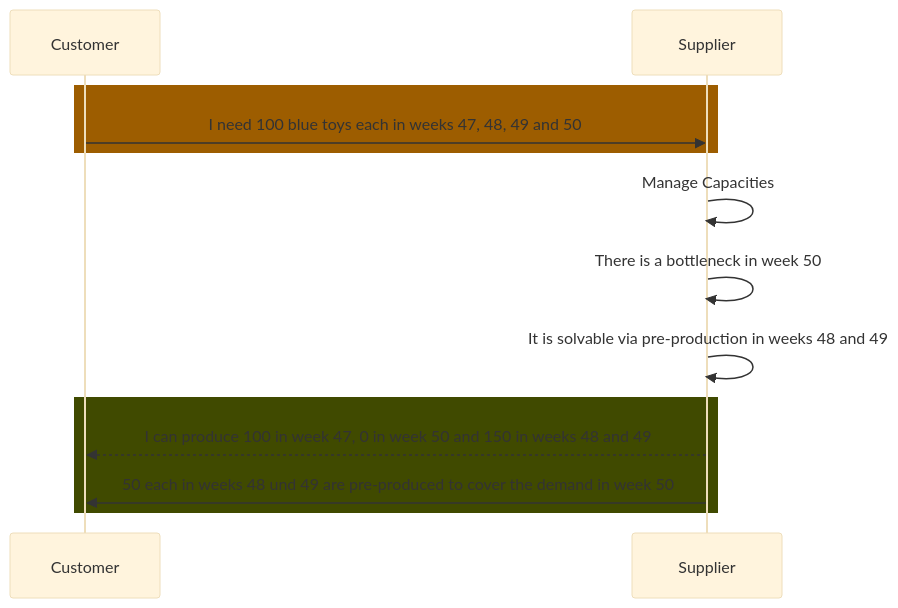
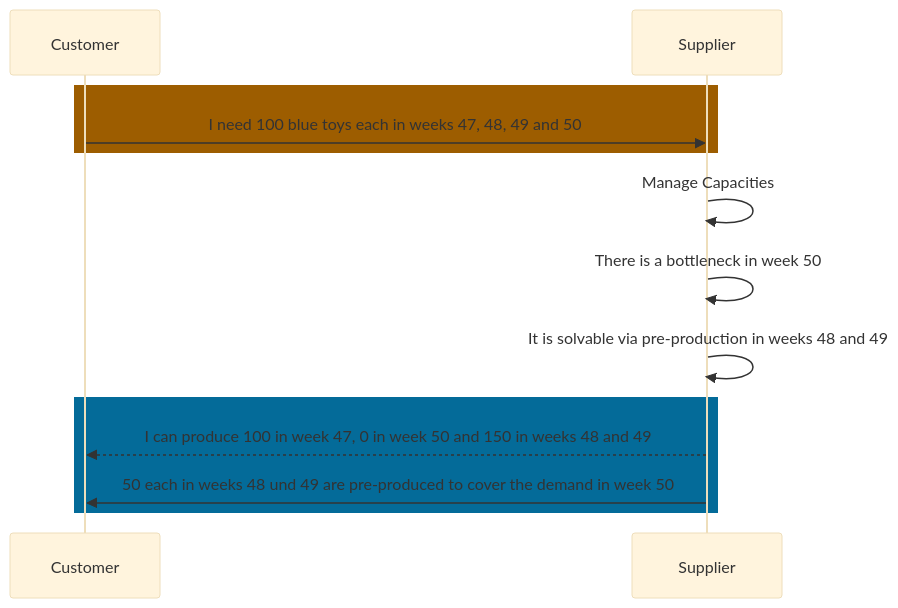
The third of 3 diagrams in docs-kits/kits/Demand and Capacity Management Kit/adoption-view/use-case/delta-production.md (ClosedSourcerer/eclipse-tractusx.github.io), drawn with Mermaid (base theme) before and after one commit. The commit also changed other lines of this file, not shown here.

````diff
--- a/docs-kits/kits/Demand and Capacity Management Kit/adoption-view/use-case/delta-production.md
+++ b/docs-kits/kits/Demand and Capacity Management Kit/adoption-view/use-case/delta-production.md
@@ -23,16 +100,16 @@
 ```mermaid
 sequenceDiagram
 Participant c as Customer
 Participant s as Supplier
 rect rgb(157,93,00) 
 c->>s: I need 100 blue toys each in weeks 47, 48, 49 and 50
 end
 s->>s: Manage Capacities
 s->>s: There is a bottleneck in week 50
 s->>s: It is solvable via pre-production in weeks 48 and 49  
 
-rect rgb(64,74,00)
+rect rgb(4,107,153)
 s-->>c: I can produce 100 in week 47, 0 in week 50 and 150 in weeks 48 and 49
 s->>c: 50 each in weeks 48 und 49 are pre-produced to cover the demand in week 50
 end
 ```
````
